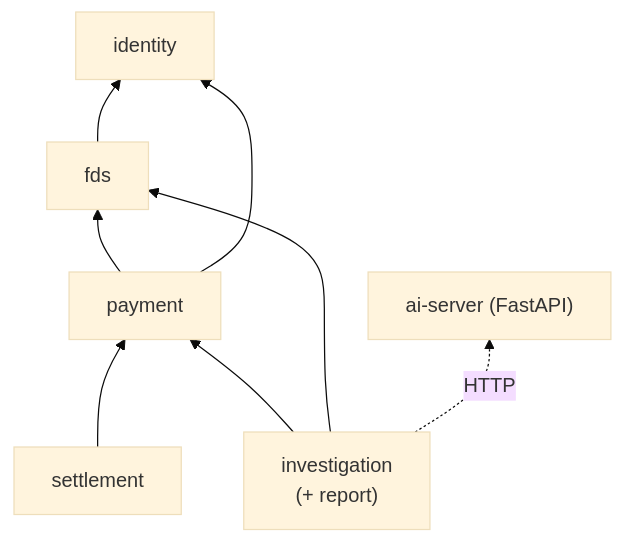
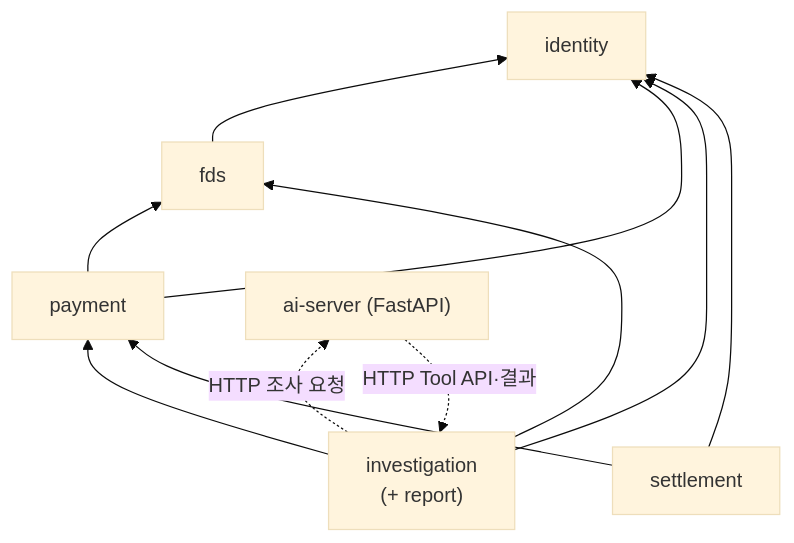
The third of 3 diagrams in README.md (HyunGyu-Cho/DonWorry), drawn with Mermaid (base theme) before and after one commit. The commit also changed other lines of this file and 10 other files, not shown here.

````diff
--- a/README.md
+++ b/README.md
@@ -289,17 +302,20 @@
 ```mermaid
 flowchart BT
     identity["identity"]
     fds["fds"]
     payment["payment"]
     investigation["investigation<br/>(+ report)"]
     settlement["settlement"]
     ai["ai-server (FastAPI)"]
 
     fds --> identity
     payment --> fds
     payment --> identity
     investigation --> payment
     investigation --> fds
+    investigation --> identity
     settlement --> payment
-    investigation -. HTTP .-> ai
+    settlement --> identity
+    investigation -. "HTTP 조사 요청" .-> ai
+    ai -. "HTTP Tool API·결과" .-> investigation
 ```
````
